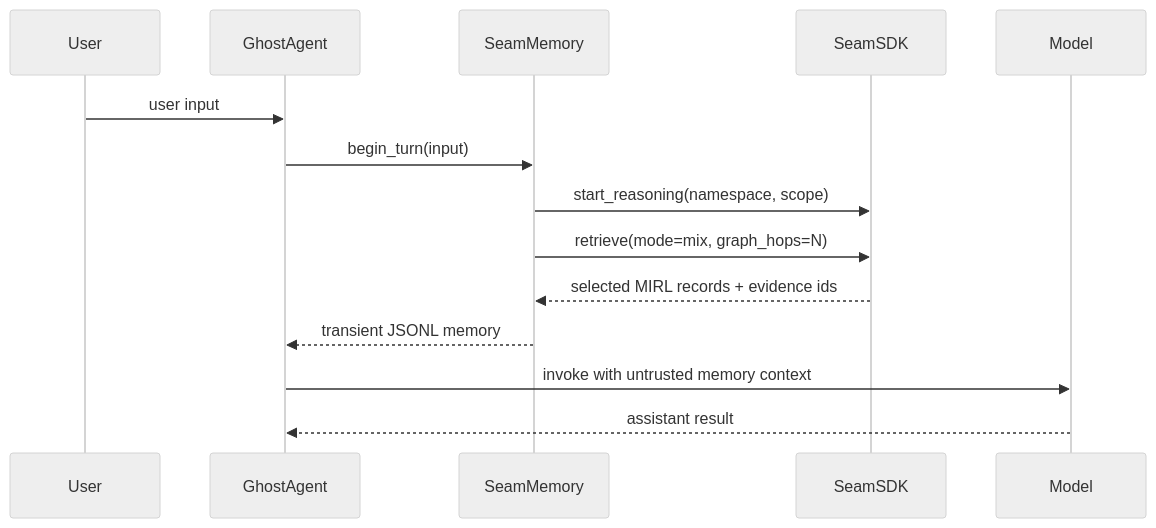
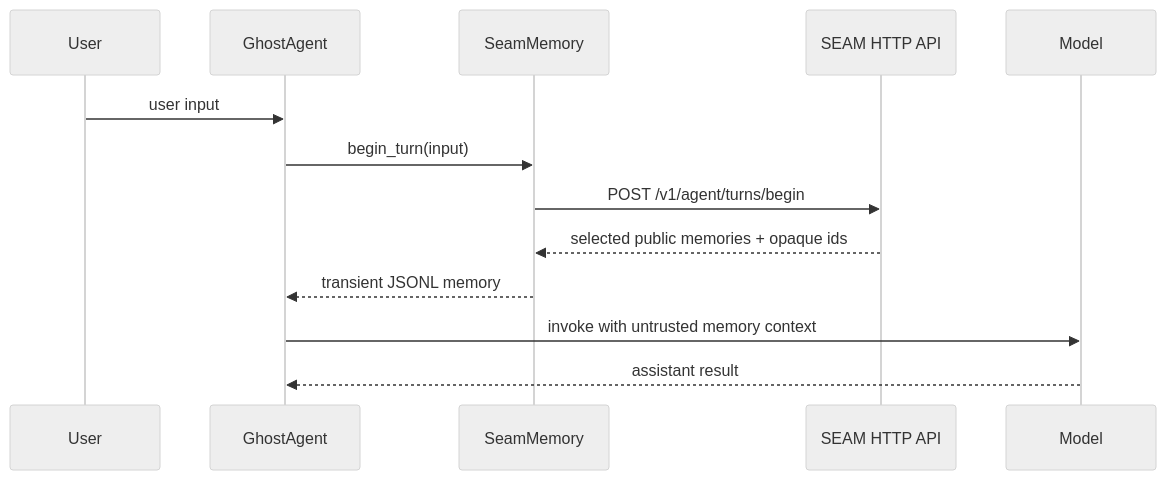
One commit to Canticle-AI-Research/Ghost changed the second of 3 diagrams in docs/architecture/SYSTEM_MAP.md. Above: the diagram before and after it, drawn with Mermaid (neutral theme). The commit also changed other lines of this file and 50 other files, not shown here.

Commit message:
feat: use opaque public SEAM transport

````diff
--- a/docs/architecture/SYSTEM_MAP.md
+++ b/docs/architecture/SYSTEM_MAP.md
@@ -49,17 +53,16 @@
 ```mermaid
 sequenceDiagram
     participant U as User
     participant G as GhostAgent
     participant S as SeamMemory
-    participant SDK as SeamSDK
+    participant API as SEAM HTTP API
     participant M as Model
 
     U->>G: user input
     G->>S: begin_turn(input)
-    S->>SDK: start_reasoning(namespace, scope)
-    S->>SDK: retrieve(mode=mix, graph_hops=N)
-    SDK-->>S: selected MIRL records + evidence ids
+    S->>API: POST /v1/agent/turns/begin
+    API-->>S: selected public memories + opaque ids
     S-->>G: transient JSONL memory
     G->>M: invoke with untrusted memory context
     M-->>G: assistant result
 ```
````
